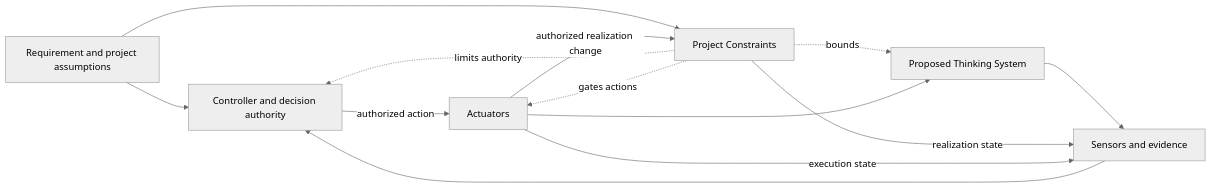
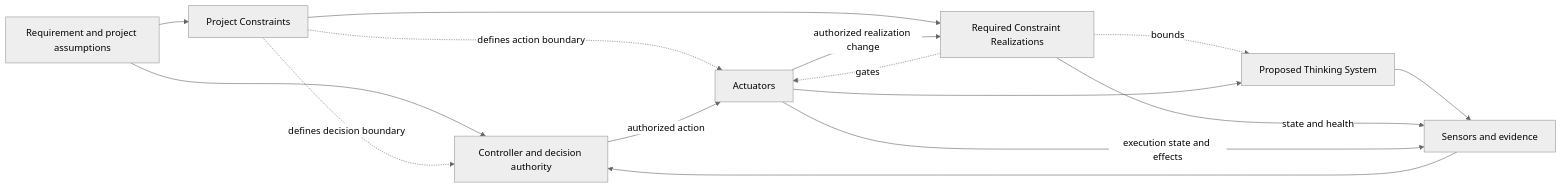
Before and after one commit to UncertaintyArchitectureGroup/uncertainty-architecture: the second of 2 diagrams in 01-patterns/project-control-architecture-and-viability-review.md, drawn with Mermaid (neutral theme). The commit also changed other lines of this file, not shown here.

Commit message:
docs: make project capability diagram explicit about realization

````diff
--- a/01-patterns/project-control-architecture-and-viability-review.md
+++ b/01-patterns/project-control-architecture-and-viability-review.md
@@ -239,22 +209,25 @@
 ```mermaid
 flowchart LR
     R[Requirement and project assumptions]
     K[Project Constraints]
+    KR[Required Constraint Realizations]
     P[Proposed Thinking System]
     S[Sensors and evidence]
     C[Controller and decision authority]
     A[Actuators]
 
     R --> C
     R --> K
-    K -. bounds .-> P
-    K -. limits authority .-> C
-    K -. gates actions .-> A
+    K --> KR
+    K -. defines decision boundary .-> C
+    K -. defines action boundary .-> A
+    KR -. bounds .-> P
+    KR -. gates .-> A
     P --> S
-    K -->|realization state| S
-    A -->|execution state| S
+    KR -->|state and health| S
+    A -->|execution state and effects| S
     S --> C
     C -->|authorized action| A
     A --> P
-    A -->|authorized realization change| K
+    A -->|authorized realization change| KR
 ```
````
